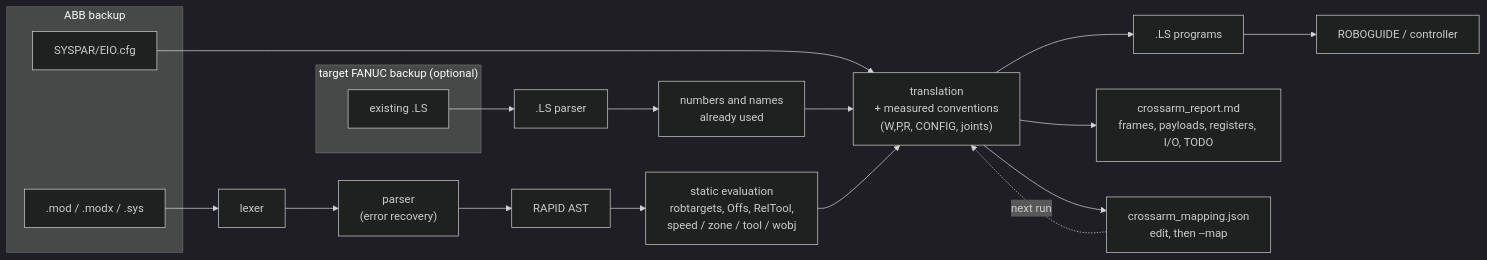
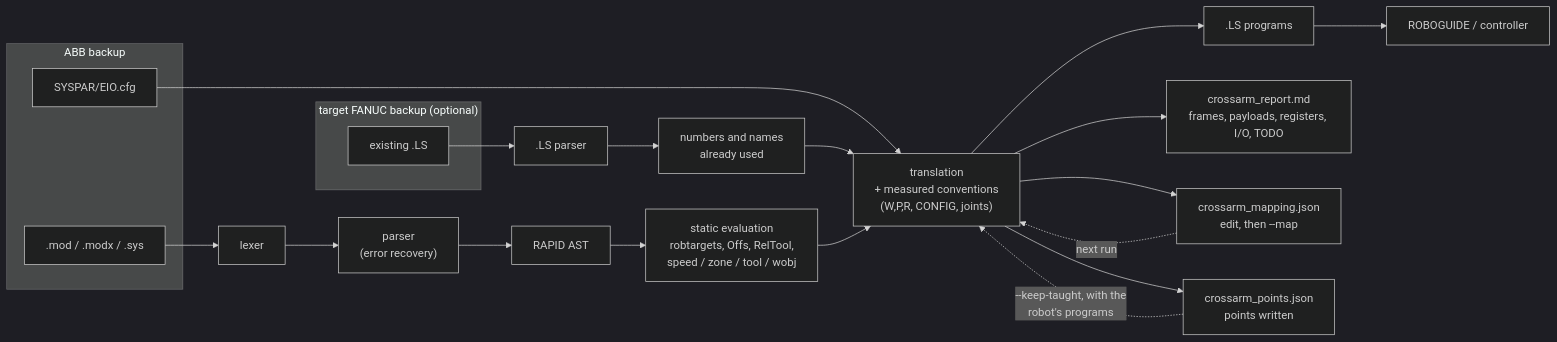
Before and after one commit to LeroyDu56/CrossArm: the diagram in docs/guide.md, drawn with Mermaid (dark theme). The commit also changed other lines of this file and 14 other files, not shown here.

````diff
--- a/docs/guide.md
+++ b/docs/guide.md
@@ -447,20 +565,22 @@
 ```mermaid
 flowchart LR
     subgraph ABB["ABB backup"]
         MOD[".mod / .modx / .sys"]
         EIO["SYSPAR/EIO.cfg"]
     end
     MOD --> LEX["lexer"] --> PAR["parser<br/>(error recovery)"] --> AST["RAPID AST"]
     AST --> EVAL["static evaluation<br/>robtargets, Offs, RelTool,<br/>speed / zone / tool / wobj"]
     EIO --> TR
     subgraph FANUC["target FANUC backup (optional)"]
         OLD["existing .LS"]
     end
     OLD --> LSP[".LS parser"] --> USED["numbers and names<br/>already used"] --> TR
     EVAL --> TR["translation<br/>+ measured conventions<br/>(W,P,R, CONFIG, joints)"]
     TR --> LS[".LS programs"]
     TR --> REP["crossarm_report.md<br/>frames, payloads, registers, I/O, TODO"]
     TR --> MAP["crossarm_mapping.json<br/>edit, then --map"]
     MAP -. "next run" .-> TR
+    TR --> PTS["crossarm_points.json<br/>points written"]
+    PTS -. "--keep-taught, with the<br/>robot's programs" .-> TR
     LS --> RG["ROBOGUIDE / controller"]
 ```
````
